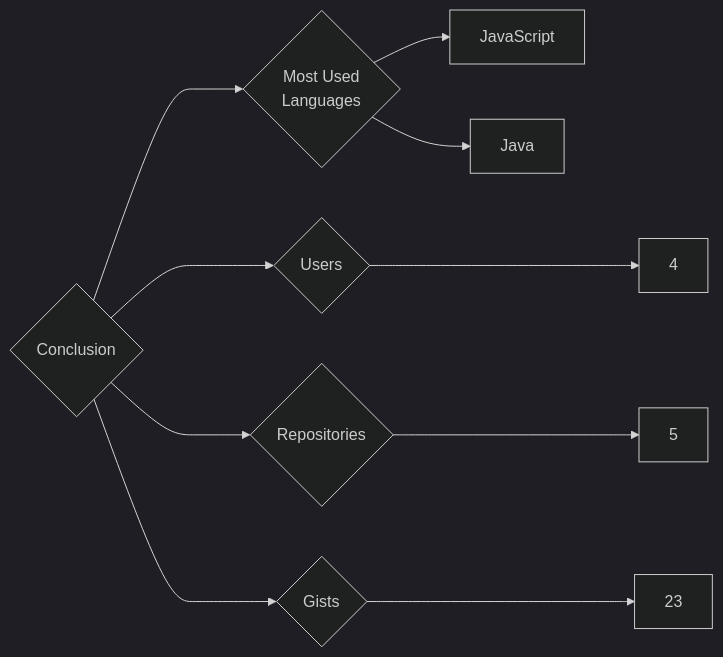
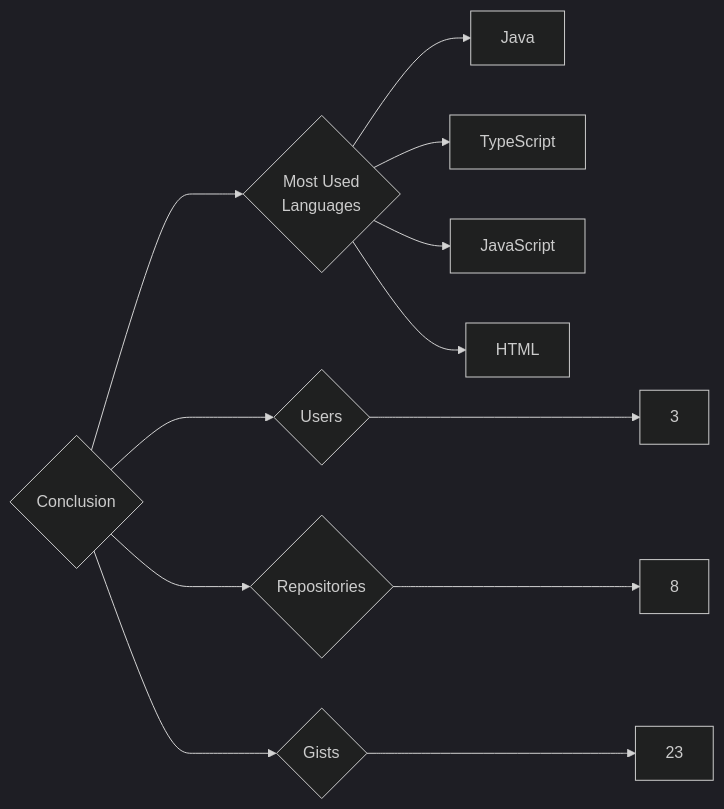
The diagram in targets/Conclusion/README.md (trickest/insiders), drawn with Mermaid (dark theme) before and after one commit. The commit also changed 859 other files, not shown here.

````diff
--- a/targets/Conclusion/README.md
+++ b/targets/Conclusion/README.md
@@ -3,10 +3,12 @@
 ```mermaid
 graph LR
 COMPANY_NAME{Conclusion}
-COMPANY_NAME ---> U{Users} ---> UN[4]
-COMPANY_NAME ---> R{Repositories} ---> RN[5]
+COMPANY_NAME ---> U{Users} ---> UN[3]
+COMPANY_NAME ---> R{Repositories} ---> RN[8]
 COMPANY_NAME ---> G{Gists} ---> GN[23]
 COMPANY_NAME ---> ML{Most Used<br>Languages}
+ML --> Java[Java]
+ML --> TypeScript[TypeScript]
 ML --> JavaScript[JavaScript]
-ML --> Java[Java]
+ML --> HTML[HTML]
 ```
````
